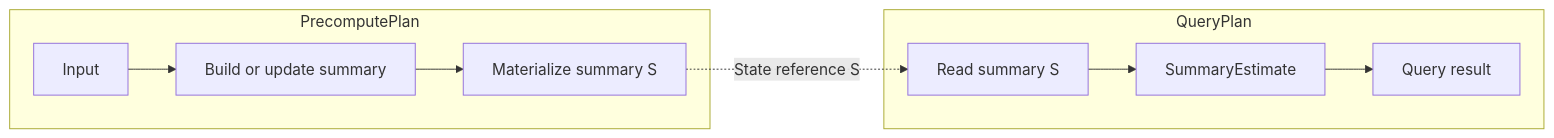
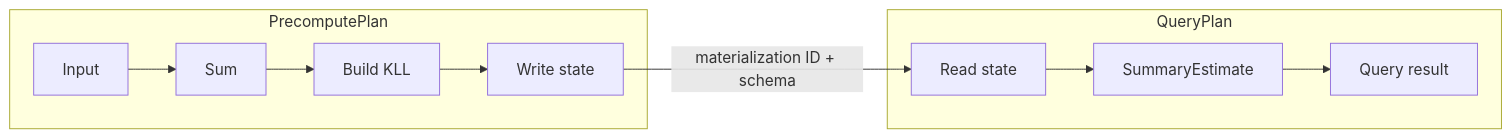
The diagram in docs/design_docs/asapplanner-integration.md (ProjectASAP/ASAPQuery-backend), drawn with Mermaid before and after one commit. The commit also changed other lines of this file and 3 other files, not shown here.

````diff
--- a/docs/design_docs/asapplanner-integration.md
+++ b/docs/design_docs/asapplanner-integration.md
@@ -424,12 +85,13 @@
 ```mermaid
 flowchart LR
-    subgraph PP[PrecomputePlan]
-        I[Input] --> B[Build or update summary]
-        B --> W[Materialize summary S]
-    end
-    W -. State reference S .-> R
-    subgraph QP[QueryPlan]
-        R[Read summary S] --> E[SummaryEstimate]
-        E --> O[Query result]
-    end
+  subgraph P[PrecomputePlan]
+    I[Input] --> S[Sum]
+    S --> K[Build KLL]
+    K --> W[Write state]
+  end
+  W -->|materialization ID + schema| R
+  subgraph Q[QueryPlan]
+    R[Read state] --> E[SummaryEstimate]
+    E --> O[Query result]
+  end
 ```
````
